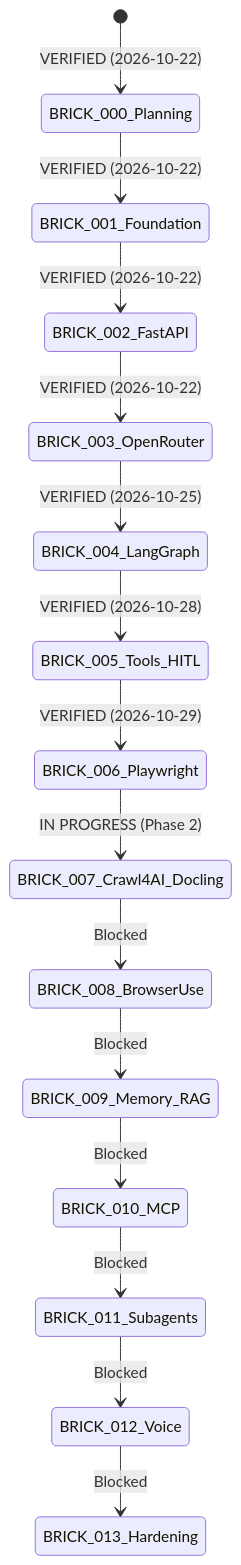
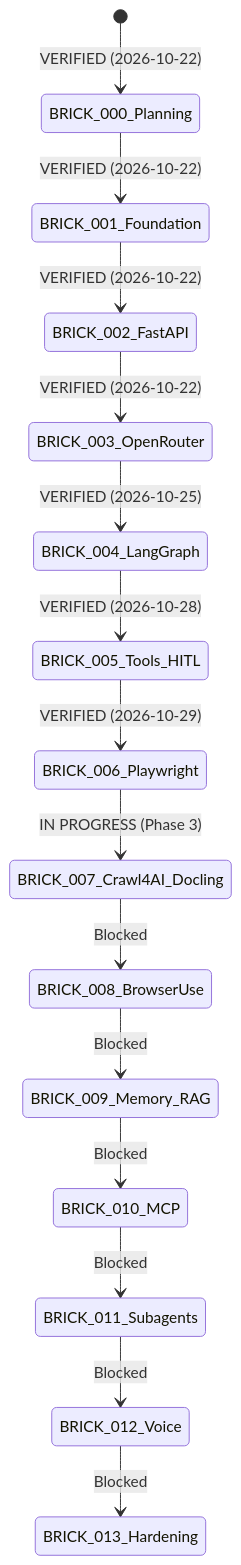
Before and after one commit to Aryramy/javed: the diagram in docs/PROGRESS.md, drawn with Mermaid. The commit also changed other lines of this file and 7 other files, not shown here.

````diff
--- a/docs/PROGRESS.md
+++ b/docs/PROGRESS.md
@@ -28,17 +28,17 @@
 ```mermaid
 stateDiagram-v2
     [*] --> BRICK_000_Planning: VERIFIED (2026-10-22)
     BRICK_000_Planning --> BRICK_001_Foundation: VERIFIED (2026-10-22)
     BRICK_001_Foundation --> BRICK_002_FastAPI: VERIFIED (2026-10-22)
     BRICK_002_FastAPI --> BRICK_003_OpenRouter: VERIFIED (2026-10-22)
     BRICK_003_OpenRouter --> BRICK_004_LangGraph: VERIFIED (2026-10-25)
     BRICK_004_LangGraph --> BRICK_005_Tools_HITL: VERIFIED (2026-10-28)
     BRICK_005_Tools_HITL --> BRICK_006_Playwright: VERIFIED (2026-10-29)
-    BRICK_006_Playwright --> BRICK_007_Crawl4AI_Docling: IN PROGRESS (Phase 2)
+    BRICK_006_Playwright --> BRICK_007_Crawl4AI_Docling: IN PROGRESS (Phase 3)
     BRICK_007_Crawl4AI_Docling --> BRICK_008_BrowserUse: Blocked
     BRICK_008_BrowserUse --> BRICK_009_Memory_RAG: Blocked
     BRICK_009_Memory_RAG --> BRICK_010_MCP: Blocked
     BRICK_010_MCP --> BRICK_011_Subagents: Blocked
     BRICK_011_Subagents --> BRICK_012_Voice: Blocked
     BRICK_012_Voice --> BRICK_013_Hardening: Blocked
 ```
````
